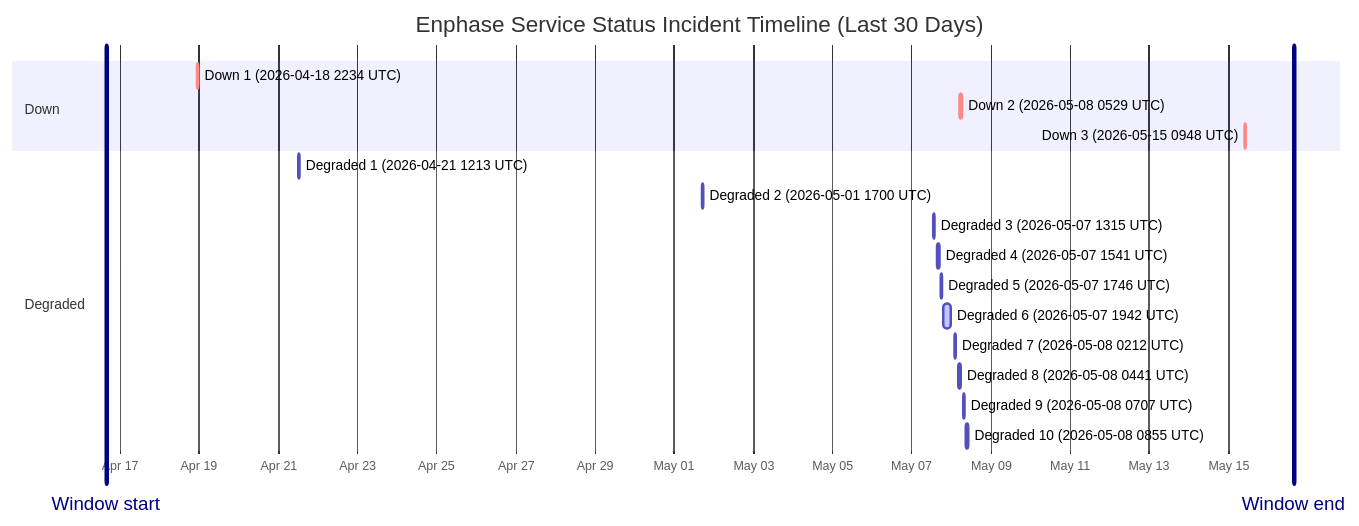
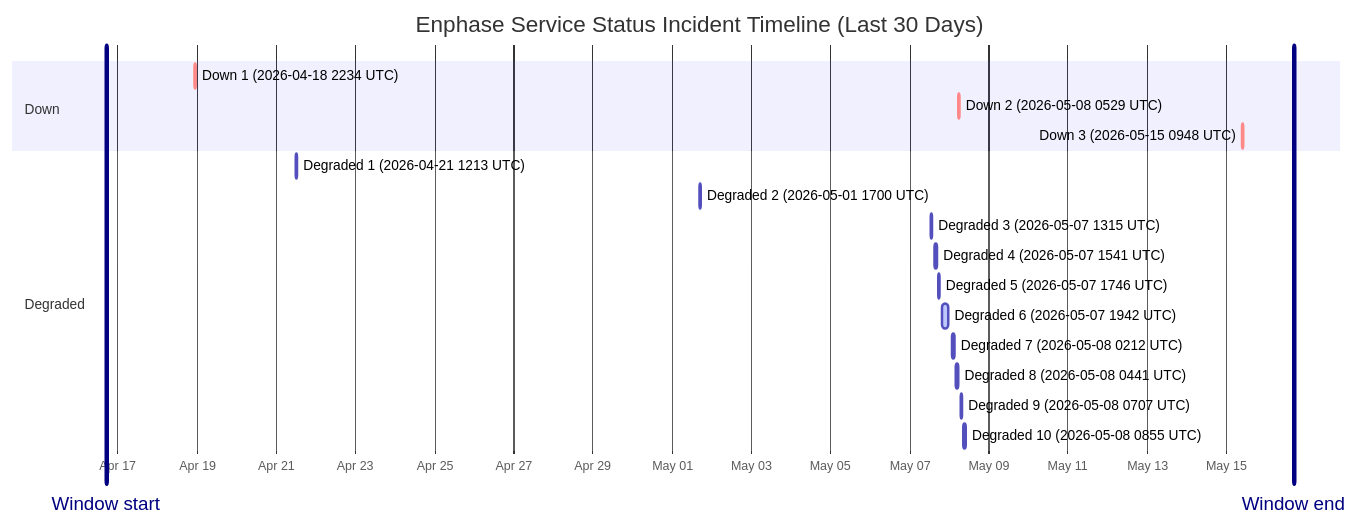
The diagram in wiki/Service-Status-History.md (barneyonline/ha-enphase-ev-charger), drawn with Mermaid before and after one commit. The commit also changed other lines of this file and 3 other files, not shown here.

````diff
--- a/wiki/Service-Status-History.md
+++ b/wiki/Service-Status-History.md
@@ -14,23 +14,23 @@
 ```mermaid
 gantt
     title Enphase Service Status Incident Timeline (Last 30 Days)
     dateFormat  YYYY-MM-DDTHH:mm:ss
     axisFormat  %b %d
-    Window start :vert, window-start, 2026-04-16T15:33:43, 0ms
-    Window end :vert, window-end, 2026-05-16T15:33:43, 0ms
+    Window start :vert, window-start, 2026-04-16T16:57:33, 0ms
+    Window end :vert, window-end, 2026-05-16T16:57:33, 0ms
     section Down
     Down 1 (2026-04-18 2234 UTC) :crit, down-1, 2026-04-18T22:34:13, 60m
     Down 2 (2026-05-08 0529 UTC) :crit, down-2, 2026-05-08T05:29:47, 60m
     Down 3 (2026-05-15 0948 UTC) :crit, down-3, 2026-05-15T09:48:18, 60m
     section Degraded
     Degraded 1 (2026-04-21 1213 UTC) :active, degraded-1, 2026-04-21T12:13:11, 60m
     Degraded 2 (2026-05-01 1700 UTC) :active, degraded-2, 2026-05-01T17:00:22, 60m
     Degraded 3 (2026-05-07 1315 UTC) :active, degraded-3, 2026-05-07T13:15:25, 60m
     Degraded 4 (2026-05-07 1541 UTC) :active, degraded-4, 2026-05-07T15:41:58, 60m
     Degraded 5 (2026-05-07 1746 UTC) :active, degraded-5, 2026-05-07T17:46:51, 60m
     Degraded 6 (2026-05-07 1942 UTC) :active, degraded-6, 2026-05-07T19:42:10, 249m
     Degraded 7 (2026-05-08 0212 UTC) :active, degraded-7, 2026-05-08T02:12:39, 60m
     Degraded 8 (2026-05-08 0441 UTC) :active, degraded-8, 2026-05-08T04:41:46, 60m
     Degraded 9 (2026-05-08 0707 UTC) :active, degraded-9, 2026-05-08T07:07:30, 60m
     Degraded 10 (2026-05-08 0855 UTC) :active, degraded-10, 2026-05-08T08:55:20, 88m
 ```
````
